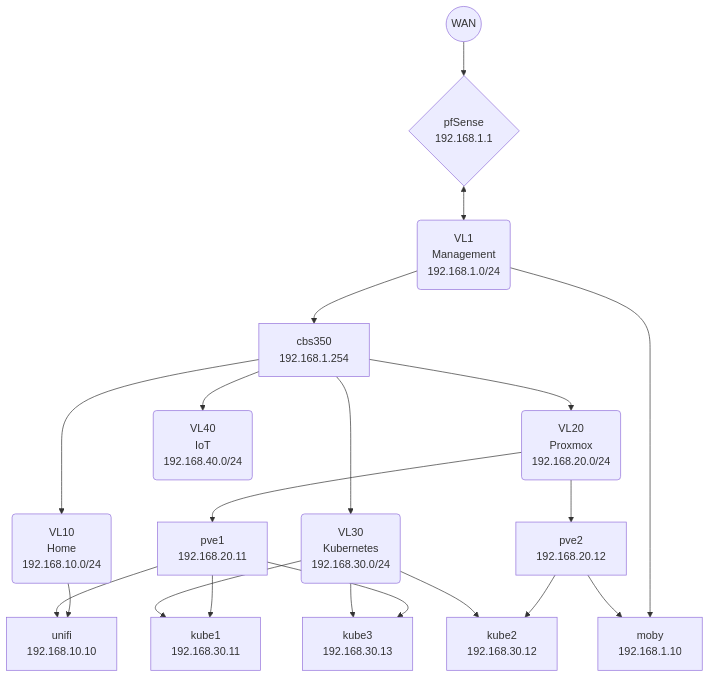
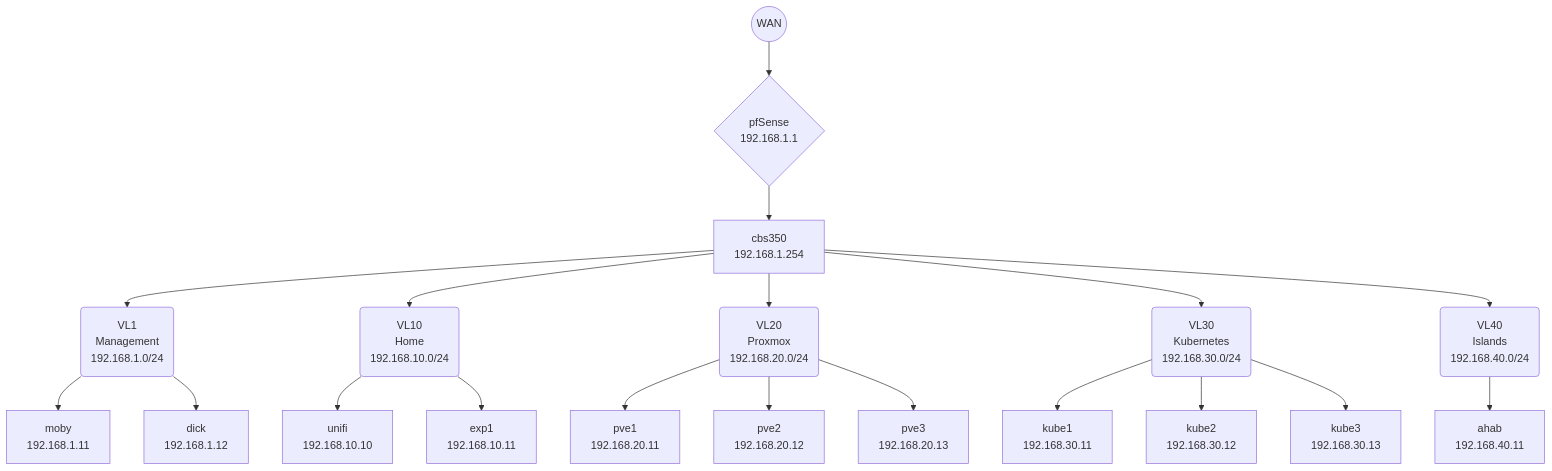
The diagram in network.md (chrisbradleydev/mermaid-diagrams), drawn with Mermaid before and after one commit. The commit also changed 2 other files, not shown here.

Commit message:
update network diagram

````diff
--- a/network.md
+++ b/network.md
@@ -3,22 +3,21 @@
 ```mermaid
 flowchart TD
   A((WAN)) --> PFSENSE{pfSense<br>192.168.1.1}
-  PFSENSE <--> VL1(VL1<br>Management<br>192.168.1.0/24)
-    VL1 --> CBS350[cbs350<br>192.168.1.254]
-    VL1 --> MOBY[moby<br>192.168.1.10]
+  PFSENSE --> CBS350[cbs350<br>192.168.1.254]
+  CBS350 --> VL1(VL1<br>Management<br>192.168.1.0/24)
   CBS350 --> VL10(VL10<br>Home<br>192.168.10.0/24)
-    VL10 --> UNIFI[unifi<br>192.168.10.10]
   CBS350 --> VL20(VL20<br>Proxmox<br>192.168.20.0/24)
-    VL20 --> PVE1[pve1<br>192.168.20.11]
-      PVE1 --> UNIFI
-      PVE1 --> KUBE1
-      PVE1 --> KUBE3
-    VL20 --> PVE2[pve2<br>192.168.20.12]
-      PVE2 --> MOBY
-      PVE2 --> KUBE2
   CBS350 --> VL30(VL30<br>Kubernetes<br>192.168.30.0/24)
-    VL30 --> KUBE1[kube1<br>192.168.30.11]
-    VL30 --> KUBE2[kube2<br>192.168.30.12]
-    VL30 --> KUBE3[kube3<br>192.168.30.13]
-  CBS350 --> IOT(VL40<br>IoT<br>192.168.40.0/24)
+  CBS350 --> VL40(VL40<br>Islands<br>192.168.40.0/24)
+  VL1 --> MOBY[moby<br>192.168.1.11]
+  VL1 --> DICK[dick<br>192.168.1.12]
+  VL10 --> UNIFI[unifi<br>192.168.10.10]
+  VL10 --> EXP1[exp1<br>192.168.10.11]
+  VL20 --> PVE1[pve1<br>192.168.20.11]
+  VL20 --> PVE2[pve2<br>192.168.20.12]
+  VL20 --> PVE3[pve3<br>192.168.20.13]
+  VL30 --> KUBE1[kube1<br>192.168.30.11]
+  VL30 --> KUBE2[kube2<br>192.168.30.12]
+  VL30 --> KUBE3[kube3<br>192.168.30.13]
+  VL40 --> AHAB[ahab<br>192.168.40.11]
 ```
````
